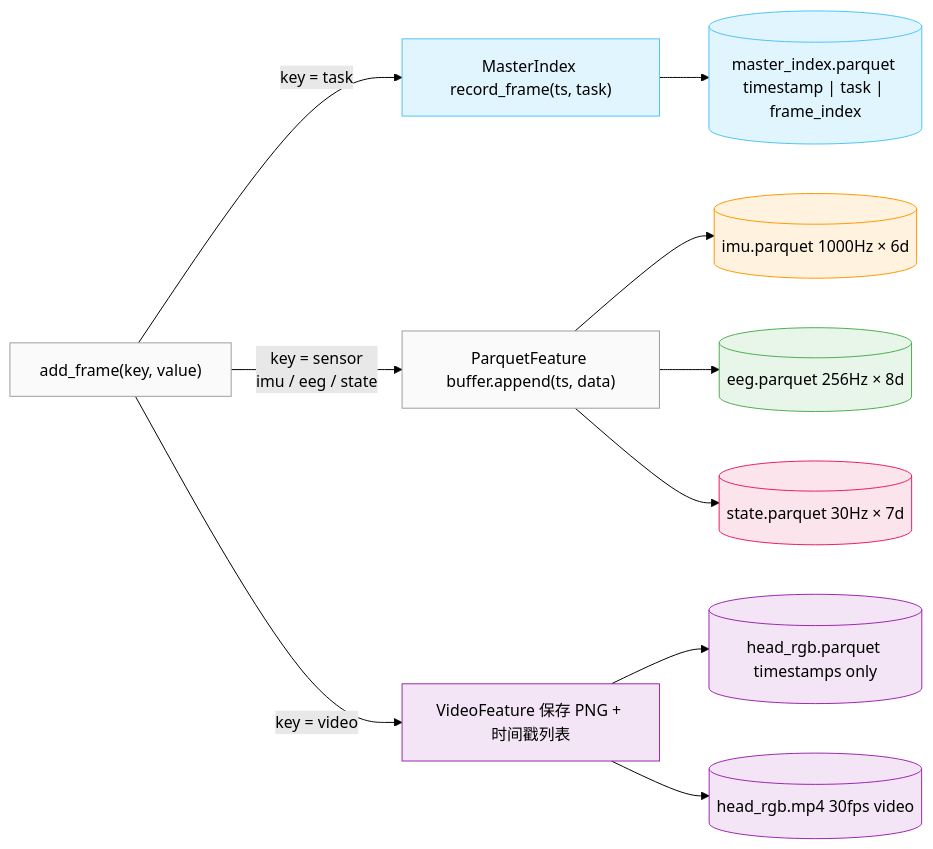
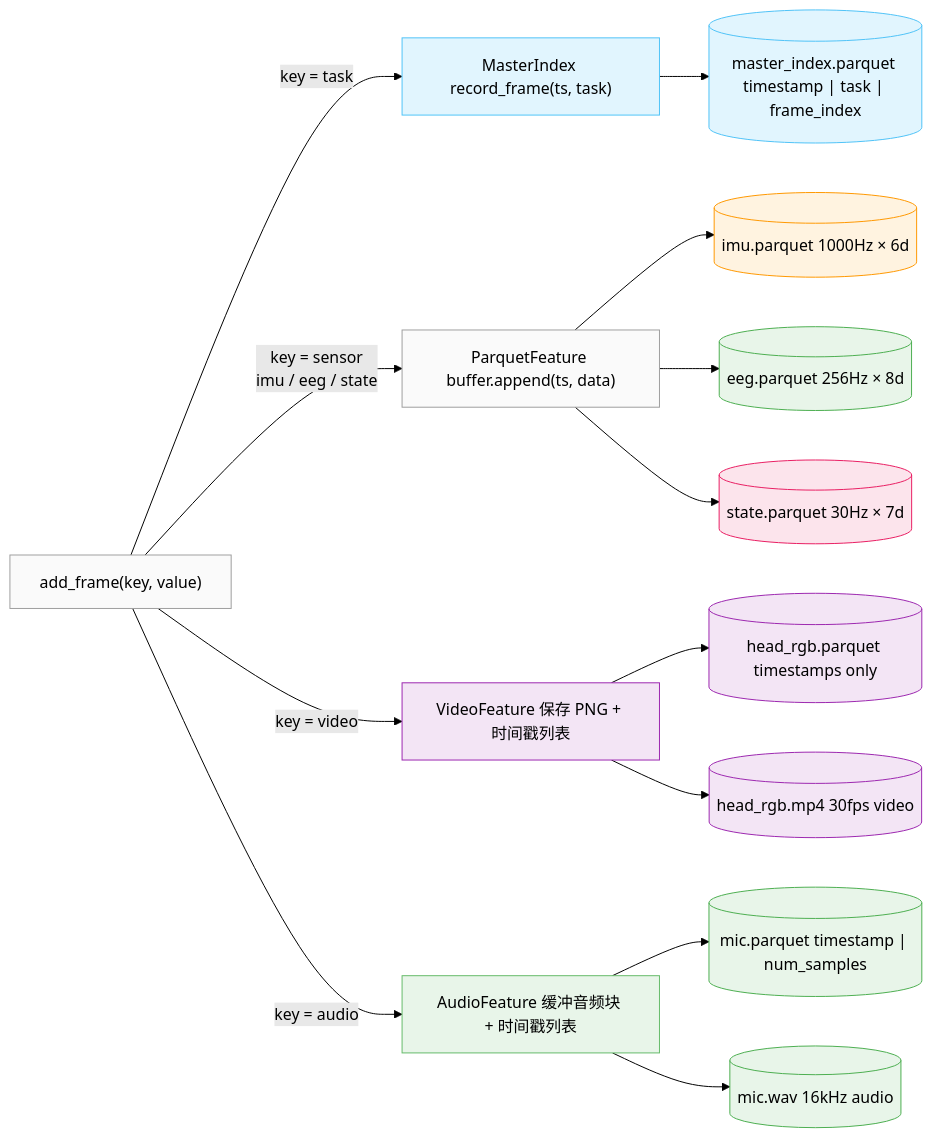
Before and after one commit to Koorye/Multi-Frequency-LeRobot: the first of 4 diagrams in README_zh-CN.md, drawn with Mermaid (forest theme). The commit also changed other lines of this file and 13 other files, not shown here.

````diff
--- a/README_zh-CN.md
+++ b/README_zh-CN.md
@@ -59,35 +60,44 @@
 ```mermaid
 flowchart LR
     AF["add_frame(key, value)"]
     IX["MasterIndex record_frame(ts, task)"]
     PF["ParquetFeature buffer.append(ts, data)"]
     VF["VideoFeature 保存 PNG + 时间戳列表"]
+    AuF["AudioFeature 缓冲音频块 + 时间戳列表"]
 
     MI[("master_index.parquet timestamp | task | frame_index")]
         P1[("imu.parquet 1000Hz × 6d")]
         P2[("eeg.parquet 256Hz × 8d")]
         P3[("state.parquet 30Hz × 7d")]
         C1[("head_rgb.parquet timestamps only")]
         V1[("head_rgb.mp4 30fps video")]
+        A1[("mic.parquet timestamp | num_samples")]
+        W1[("mic.wav 16kHz audio")]
 
     AF -->|"key = task"| IX
     AF -->|"key = sensor<br/>imu / eeg / state"| PF
     AF -->|"key = video"| VF
+    AF -->|"key = audio"| AuF
     IX --> MI
     PF --> P1
     PF --> P2
     PF --> P3
     VF --> C1
     VF --> V1
+    AuF --> A1
+    AuF --> W1
 
     style AF fill:#fafafa,stroke:#9e9e9e,color:#000
     style IX fill:#e1f5fe,stroke:#4fc3f7,color:#000
     style PF fill:#fafafa,stroke:#9e9e9e,color:#000
     style VF fill:#f3e5f5,stroke:#9c27b0,color:#000
+    style AuF fill:#e8f5e9,stroke:#66bb6a,color:#000
     style MI fill:#e1f5fe,stroke:#4fc3f7,color:#000
     style P1 fill:#fff3e0,stroke:#ff9800,color:#000
     style P2 fill:#e8f5e9,stroke:#4caf50,color:#000
     style P3 fill:#fce4ec,stroke:#e91e63,color:#000
     style C1 fill:#f3e5f5,stroke:#9c27b0,color:#000
     style V1 fill:#f3e5f5,stroke:#9c27b0,color:#000
+    style A1 fill:#e8f5e9,stroke:#4caf50,color:#000
+    style W1 fill:#e8f5e9,stroke:#4caf50,color:#000
 ```
````
